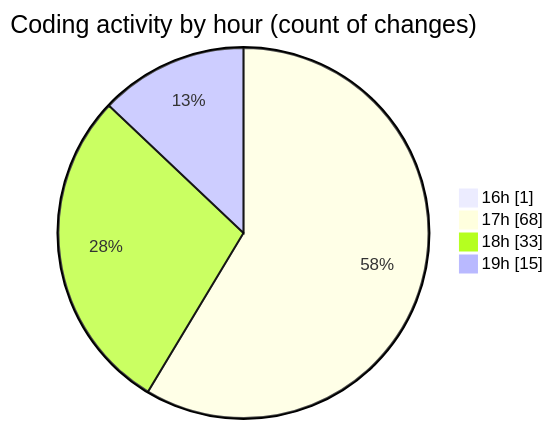
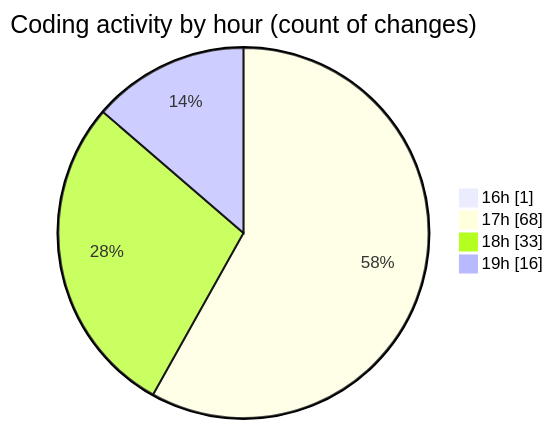
The second of 2 diagrams in 2025-05-27/studio-backend/README.md (idhammustaqopulfikri/code-tracking), drawn with Mermaid before and after one commit. The commit also changed other lines of this file and 1 other file, not shown here.

````diff
--- a/2025-05-27/studio-backend/README.md
+++ b/2025-05-27/studio-backend/README.md
@@ -64,8 +64,8 @@
 ```mermaid
 pie showData
 title Coding activity by hour (count of changes)
 "16h" : 1
 "17h" : 68
 "18h" : 33
-"19h" : 15
+"19h" : 16
 ```
````
